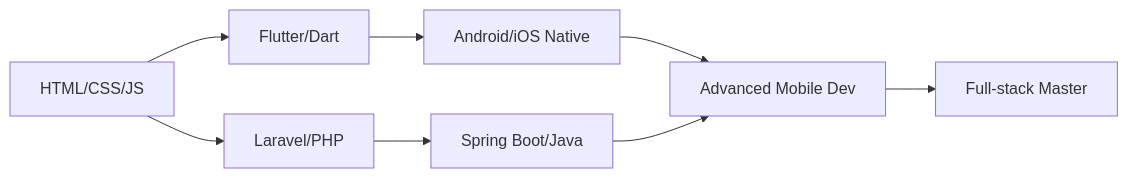
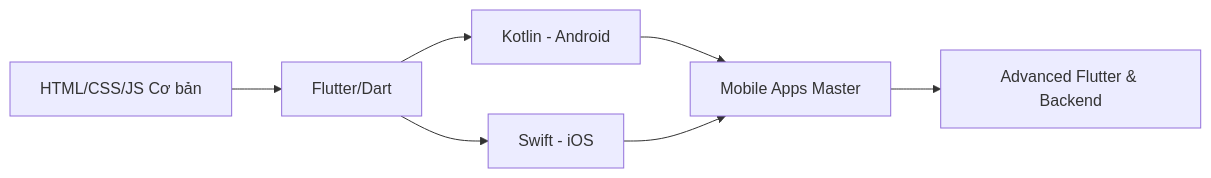
One commit to LuongMarus/LuongMarus changed the diagram in README.md. Above: the diagram before and after it, drawn with Mermaid. The commit also changed other lines of this file, not shown here.

````diff
--- a/README.md
+++ b/README.md
@@ -134,10 +135,9 @@
 ```mermaid
 graph LR
-    A[HTML/CSS/JS] --> B[Flutter/Dart]
-    A --> C[Laravel/PHP]
-    B --> D[Android/iOS Native]
-    C --> E[Spring Boot/Java]
-    D --> F[Advanced Mobile Dev]
-    E --> F
-    F --> G[Full-stack Master]
+    A[HTML/CSS/JS Cơ bản] --> B[Flutter/Dart]
+    B --> C[Kotlin - Android]
+    B --> D[Swift - iOS]
+    C --> E[Mobile Apps Master]
+    D --> E
+    E --> F[Advanced Flutter & Backend]
 ```
````
